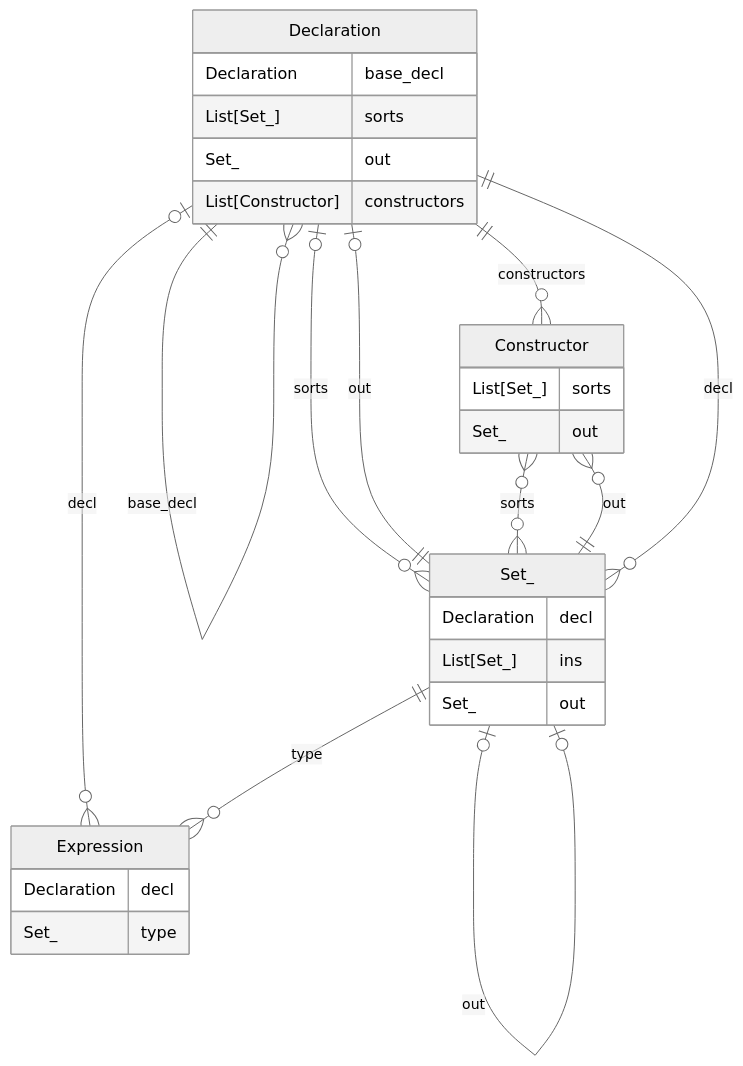
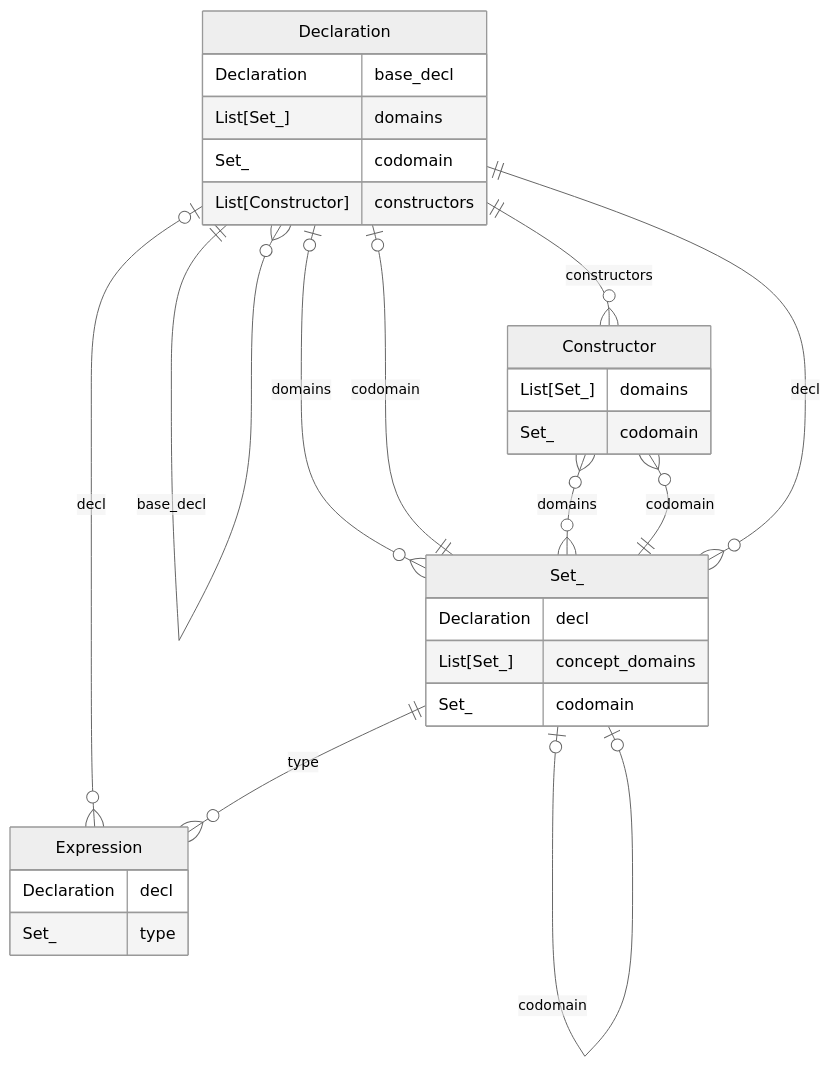
Before and after one commit to Sobhangh/IDP-Z3: the diagram in idp_engine/Diagrams.md, drawn with Mermaid (neutral theme). The commit also changed 13 other files, not shown here.

Commit message:
.sorts -> .domains; .out -> .codomain

````diff
--- a/idp_engine/Diagrams.md
+++ b/idp_engine/Diagrams.md
@@ -8,34 +8,34 @@
 ```mermaid
 erDiagram
     Declaration ||--o{ Declaration : base_decl
     Set_ }o--|| Declaration: decl
-    Declaration |o--o{ Set_ : sorts
-    Declaration |o--|| Set_: out
+    Declaration |o--o{ Set_ : domains
+    Declaration |o--|| Set_: codomain
     Declaration |o--o{ Expression: decl
-    Set_ |o--o{ Set_: ins
-    Set_ |o--o| Set_: out
+    Set_ |o--o{ Set_: concept_domains
+    Set_ |o--o| Set_: codomain
     Set_ ||--o{ Expression: type
-    Constructor }o--o{ Set_ : sorts
-    Constructor }o--|| Set_ : out
+    Constructor }o--o{ Set_ : domains
+    Constructor }o--|| Set_ : codomain
     Declaration ||--o{ Constructor: constructors
 
     Declaration {
         Declaration base_decl
-        List[Set_] sorts
-        Set_ out
+        List[Set_] domains
+        Set_ codomain
         List[Constructor] constructors
     }
     Set_ {
         Declaration decl
-        List[Set_] ins
-        Set_ out
+        List[Set_] concept_domains
+        Set_ codomain
     }
     Expression {
         Declaration decl
         Set_ type
     }
     Constructor {
-        List[Set_] sorts
-        Set_ out
+        List[Set_] domains
+        Set_ codomain
     }
 ```
````
